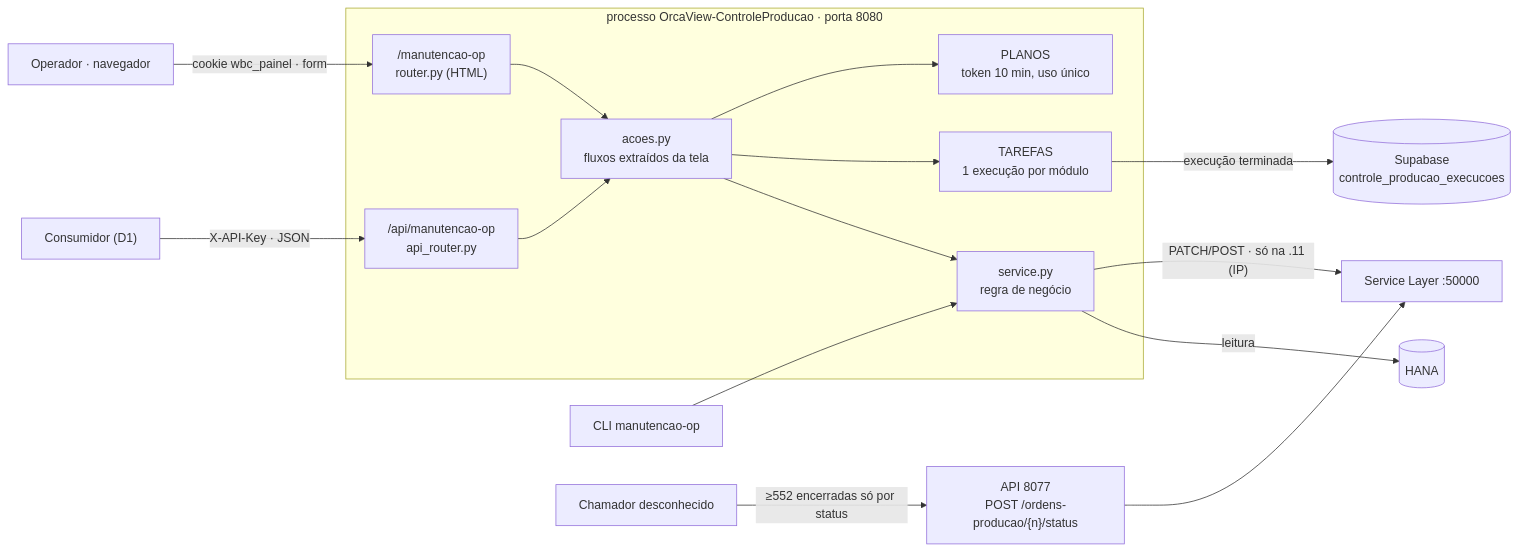
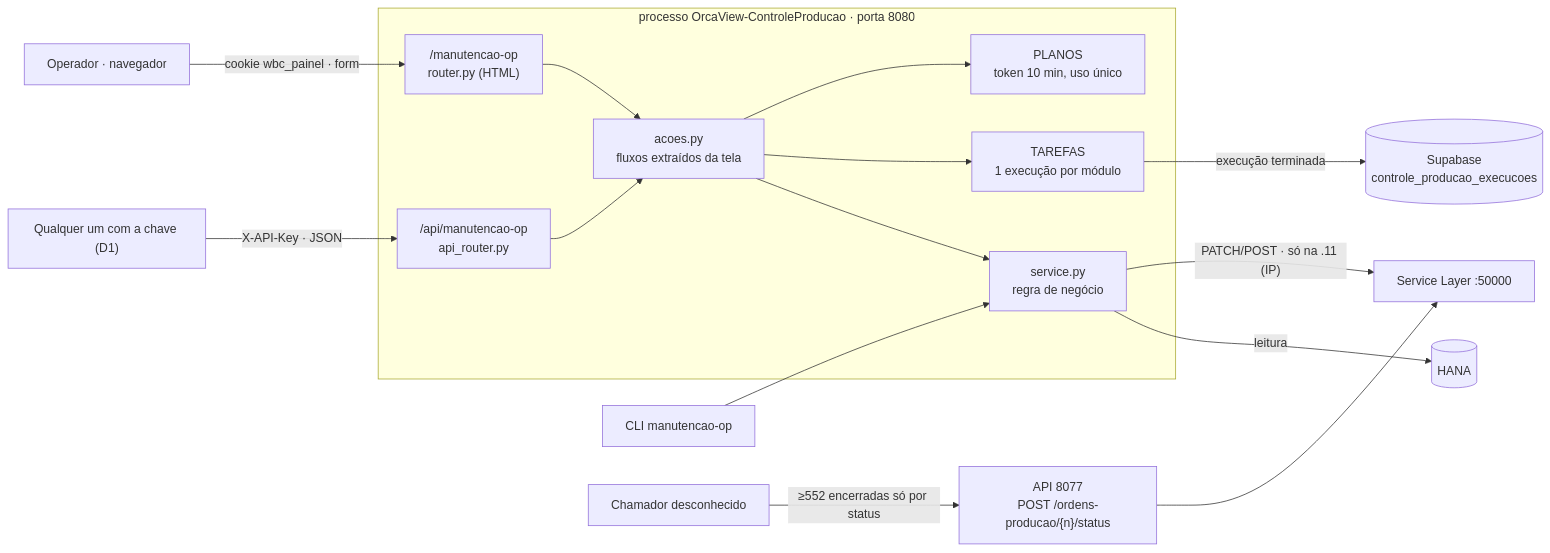
The diagram in docs/PLANO_API_MANUTENCAO_OP.md (MarceloProjetos/oportunidade_wbc), drawn with Mermaid before and after one commit. The commit also changed other lines of this file, not shown here.

Commit message:
docs(plano): API da Manutencao de OP - D1 decidida (qualquer um com a chave), CORS e charset (8edcae3), guia reescrito

````diff
--- a/docs/PLANO_API_MANUTENCAO_OP.md
+++ b/docs/PLANO_API_MANUTENCAO_OP.md
@@ -137,18 +147,18 @@
 ```mermaid
 flowchart LR
-    CONS["Consumidor (D1)"] -->|"X-API-Key · JSON"| API["/api/manutencao-op<br/>api_router.py"]
+    CONS["Qualquer um com a chave (D1)"] -->|"X-API-Key · JSON"| API["/api/manutencao-op<br/>api_router.py"]
     OPER["Operador · navegador"] -->|"cookie wbc_painel · form"| TELA["/manutencao-op<br/>router.py (HTML)"]
     subgraph P8080["processo OrcaView-ControleProducao · porta 8080"]
         API --> AC["acoes.py<br/>fluxos extraídos da tela"]
         TELA --> AC
         AC --> SV["service.py<br/>regra de negócio"]
         AC --> TK["TAREFAS<br/>1 execução por módulo"]
         AC --> PL["PLANOS<br/>token 10 min, uso único"]
     end
     CLI["CLI manutencao-op"] --> SV
     SV -->|"leitura"| HANA[("HANA")]
     SV -->|"PATCH/POST · só na .11 (IP)"| SL["Service Layer :50000"]
     TK -->|"execução terminada"| HS[("Supabase<br/>controle_producao_execucoes")]
     DESC["Chamador desconhecido"] -->|"≥552 encerradas só por status"| OLD["API 8077<br/>POST /ordens-producao/{n}/status"]
     OLD --> SL
 ```
````
